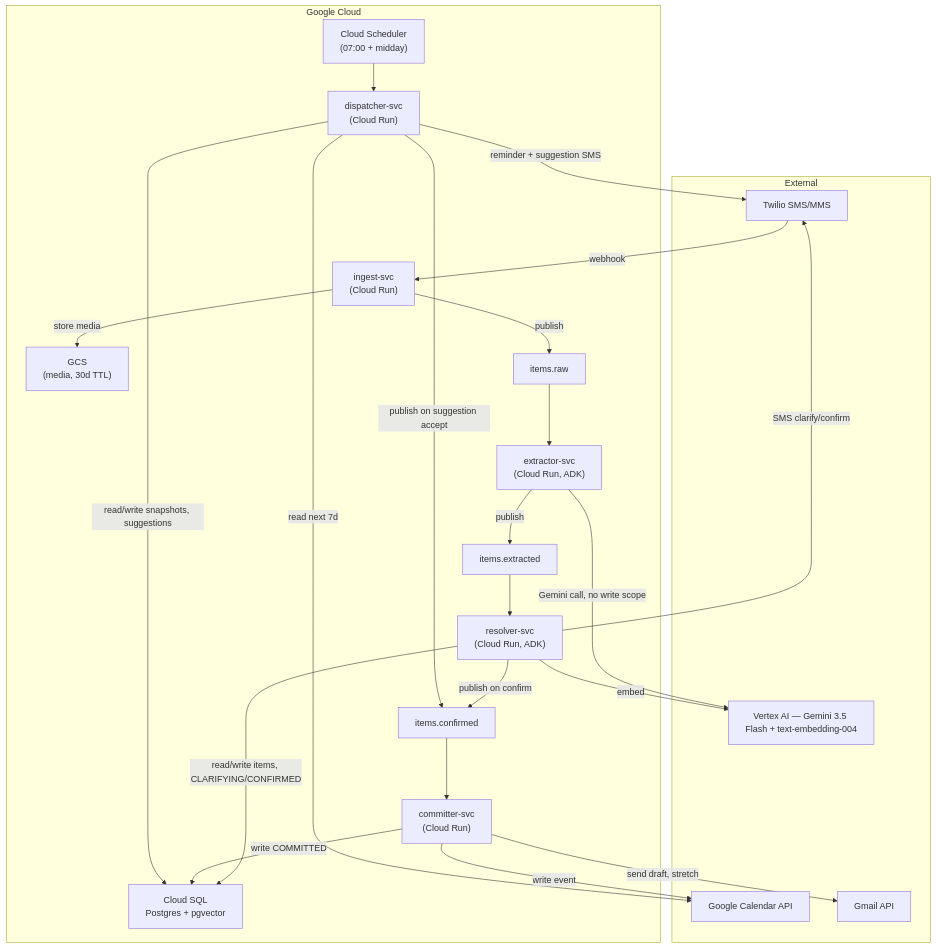
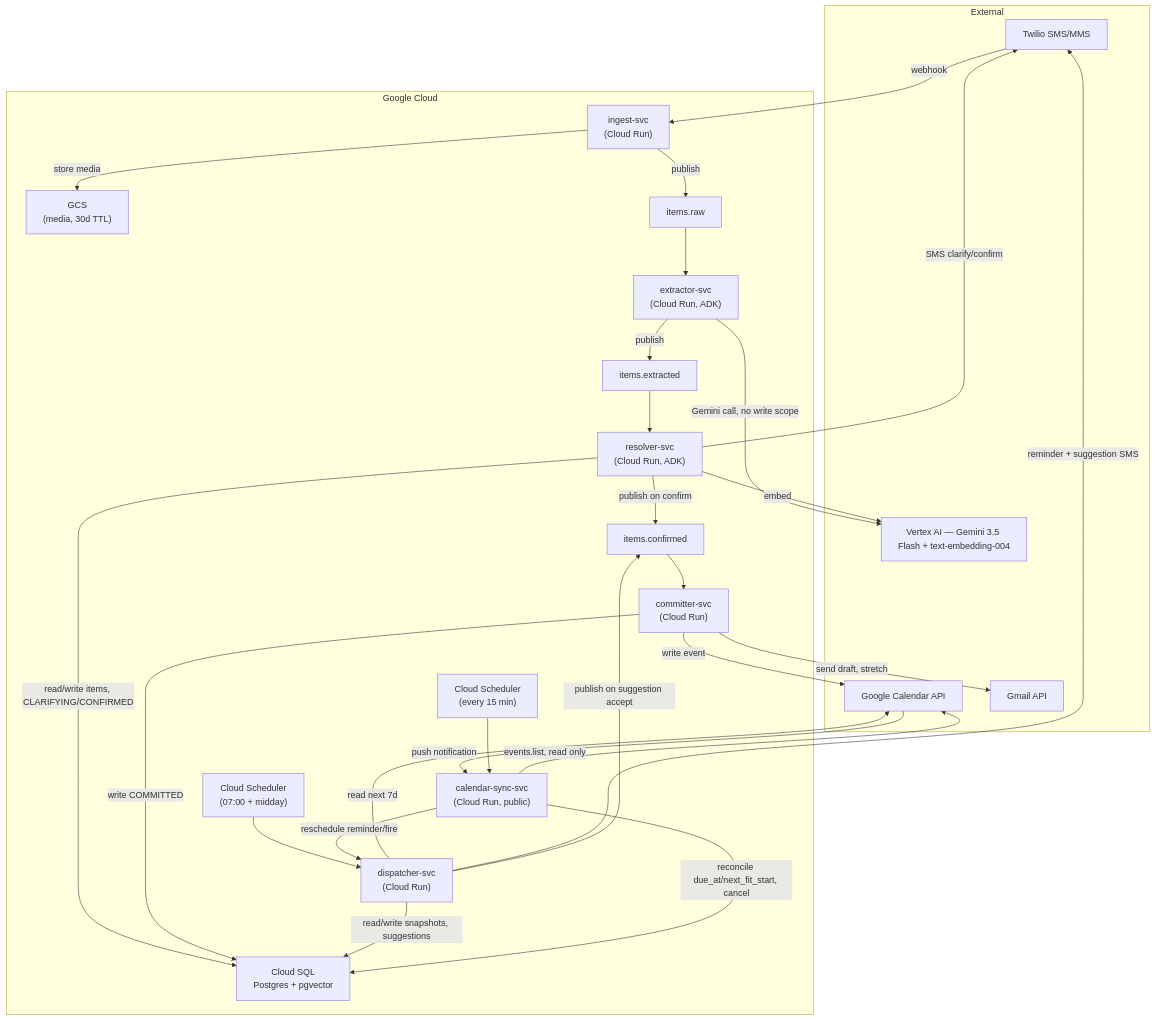
The first of 2 diagrams in docs/architecture/overview.md (IzaanQaiser/bet), drawn with Mermaid before and after one commit. The commit also changed other lines of this file and 16 other files, not shown here.

````diff
--- a/docs/architecture/overview.md
+++ b/docs/architecture/overview.md
@@ -32,46 +32,54 @@
 ```mermaid
 flowchart TB
     subgraph ext["External"]
         twilio["Twilio SMS/MMS"]
         gcal["Google Calendar API"]
         gmail["Gmail API"]
         vertex["Vertex AI — Gemini 3.5 Flash + text-embedding-004"]
     end
 
     subgraph gcp["Google Cloud"]
         ingest["ingest-svc\n(Cloud Run)"]
         extractor["extractor-svc\n(Cloud Run, ADK)"]
         resolver["resolver-svc\n(Cloud Run, ADK)"]
         committer["committer-svc\n(Cloud Run)"]
         dispatcher["dispatcher-svc\n(Cloud Run)"]
+        calsync["calendar-sync-svc\n(Cloud Run, public)"]
         scheduler["Cloud Scheduler\n(07:00 + midday)"]
+        calscheduler["Cloud Scheduler\n(every 15 min)"]
         gcs["GCS\n(media, 30d TTL)"]
         sql["Cloud SQL\nPostgres + pgvector"]
 
         t1["items.raw"]
         t2["items.extracted"]
         t3["items.confirmed"]
     end
 
     twilio -->|webhook| ingest
     ingest -->|store media| gcs
     ingest -->|publish| t1
     t1 --> extractor
     extractor -->|Gemini call, no write scope| vertex
     extractor -->|publish| t2
     t2 --> resolver
     resolver -->|embed| vertex
     resolver -->|read/write items, CLARIFYING/CONFIRMED| sql
     resolver -->|SMS clarify/confirm| twilio
     resolver -->|publish on confirm| t3
     t3 --> committer
     committer -->|write event| gcal
     committer -->|send draft, stretch| gmail
     committer -->|write COMMITTED| sql
 
     scheduler --> dispatcher
     dispatcher -->|read next 7d| gcal
     dispatcher -->|read/write snapshots, suggestions| sql
     dispatcher -->|reminder + suggestion SMS| twilio
     dispatcher -->|publish on suggestion accept| t3
+
+    gcal -->|push notification| calsync
+    calscheduler --> calsync
+    calsync -->|events.list, read only| gcal
+    calsync -->|reconcile due_at/next_fit_start, cancel| sql
+    calsync -->|reschedule reminder/fire| dispatcher
 ```
````
